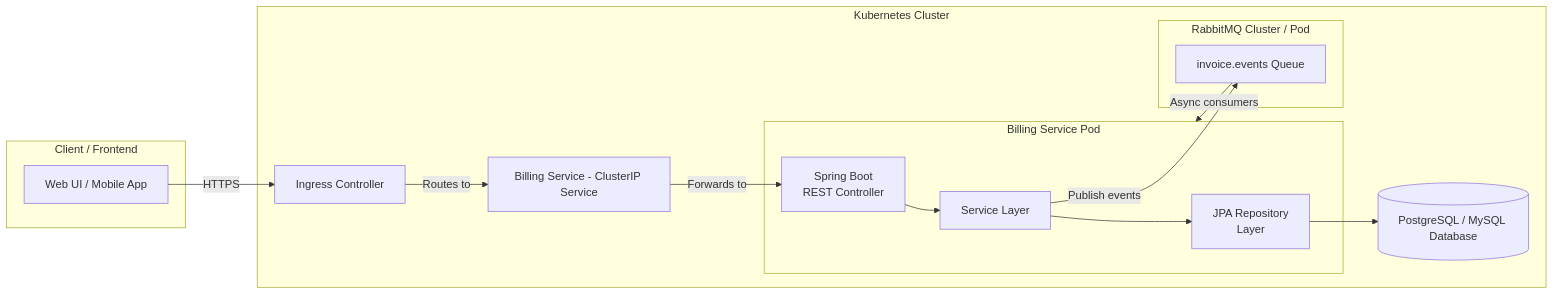
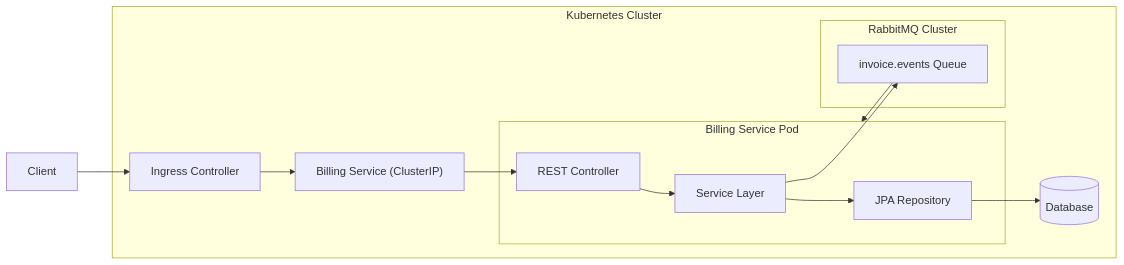
One commit to healthcare-mgmt/healthcare-mgmt-billing changed the first of 2 diagrams in docs/index.md. Above: the diagram before and after it, drawn with Mermaid. The commit also changed other lines of this file, not shown here.

Commit message:
Revise Billing Service documentation and diagrams
Updated documentation for the Billing Service, including architecture and ER diagrams. Improved formatting and removed unnecessary notes.

````diff
--- a/docs/index.md
+++ b/docs/index.md
@@ -15,38 +11,32 @@
 ```mermaid
-flowchart LR
+graph LR
 
-  subgraph User["Client / Frontend"]
-    UI["Web UI / Mobile App"]
-  end
+    User[Client]
 
-  subgraph K8s["Kubernetes Cluster"]
-    
-    subgraph BillingPod["Billing Service Pod"]
-      Controller["Spring Boot<br/>REST Controller"]
-      Service["Service Layer"]
-      Repo["JPA Repository<br/>Layer"]
+    subgraph K8s["Kubernetes Cluster"]
+        Ingress["Ingress Controller"]
+        SVC["Billing Service (ClusterIP)"]
+
+        subgraph BillingPod["Billing Service Pod"]
+            Ctrl["REST Controller"]
+            SvcLayer["Service Layer"]
+            Repo["JPA Repository"]
+        end
+
+        subgraph Rabbit["RabbitMQ Cluster"]
+            Queue["invoice.events Queue"]
+        end
+
+        DB[(Database)]
     end
 
-    subgraph RabbitMQ["RabbitMQ Cluster / Pod"]
-      Queue["invoice.events Queue"]
-    end
+    User --> Ingress
+    Ingress --> SVC
+    SVC --> Ctrl
+    Ctrl --> SvcLayer
+    SvcLayer --> Repo
+    Repo --> DB
 
-    DB[(PostgreSQL / MySQL Database)]
-
-    Ingress["Ingress Controller"]
-    Svc["Billing Service - ClusterIP Service"]
-
-  end
-
-  %% Connections
-  UI -->|"HTTPS"| Ingress
-  Ingress -->|"Routes to"| Svc
-  Svc -->|"Forwards to"| Controller
-
-  Controller --> Service
-  Service --> Repo
-  Repo --> DB
-
-  Service -->|"Publish events"| Queue
-  Queue -->|"Async consumers"| BillingPod
+    SvcLayer --> Queue
+    Queue --> BillingPod
 ```
````
